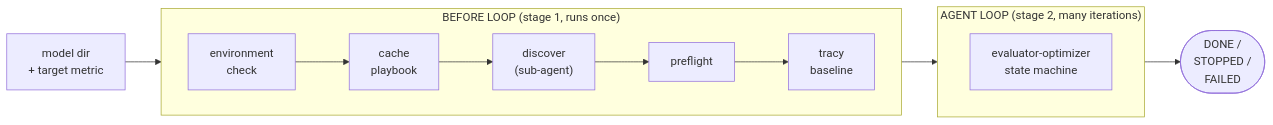
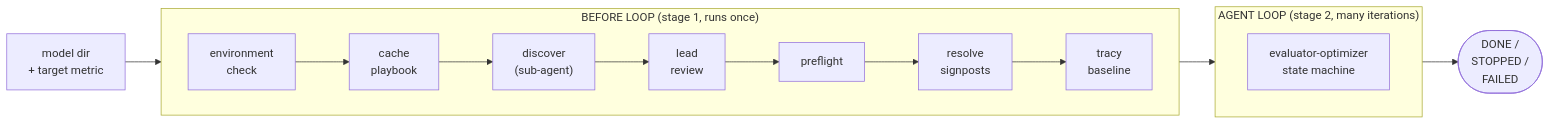
The first of 2 diagrams in models/experimental/perf_automation/README.md (tenstorrent/tt-metal), drawn with Mermaid before and after one commit. The commit also changed other lines of this file and 9 other files, not shown here.

````diff
--- a/models/experimental/perf_automation/README.md
+++ b/models/experimental/perf_automation/README.md
@@ -25,13 +25,13 @@
 ```mermaid
 flowchart LR
     IN["model dir<br/>+ target metric"] --> BL
     subgraph BL["BEFORE LOOP (stage 1, runs once)"]
         direction LR
-        E["environment<br/>check"] --> C["cache<br/>playbook"] --> D["discover<br/>(sub-agent)"] --> P["preflight"] --> T["tracy<br/>baseline"]
+        E["environment<br/>check"] --> C["cache<br/>playbook"] --> D["discover<br/>(sub-agent)"] --> LR["lead<br/>review"] --> P["preflight"] --> RS["resolve<br/>signposts"] --> T["tracy<br/>baseline"]
     end
     BL --> AL
     subgraph AL["AGENT LOOP (stage 2, many iterations)"]
         L["evaluator-optimizer<br/>state machine"]
     end
     AL --> OUT(["DONE /<br/>STOPPED /<br/>FAILED"])
 ```
````
